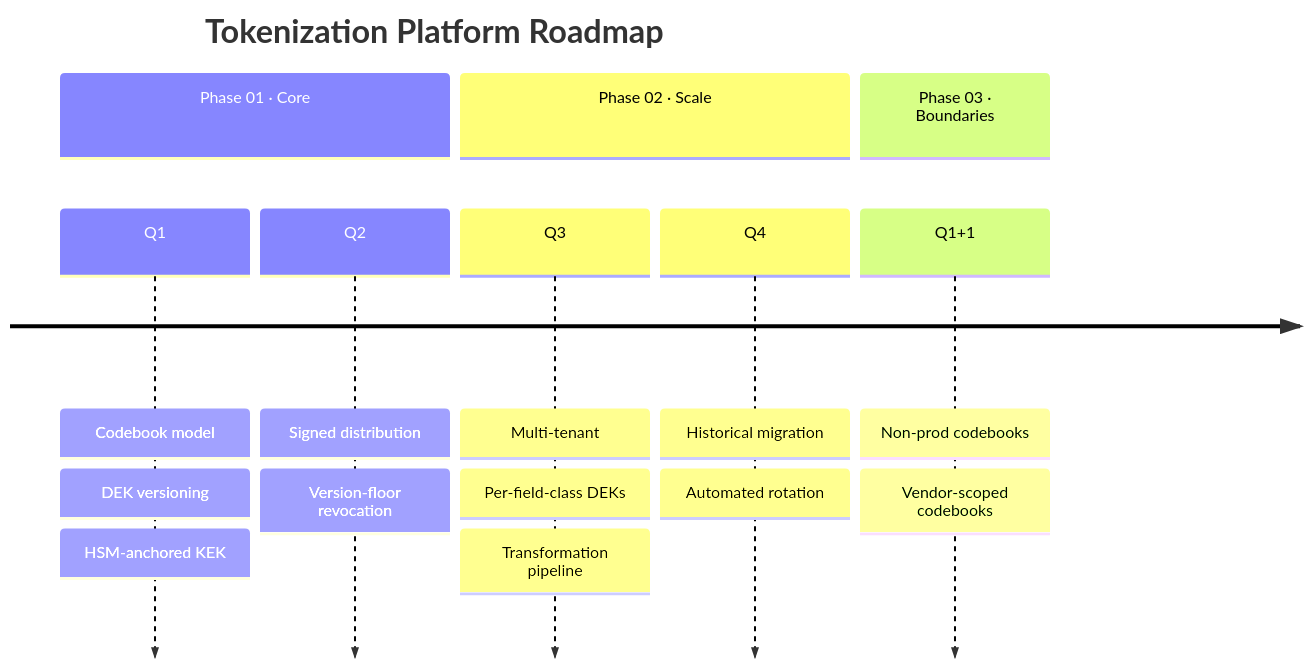
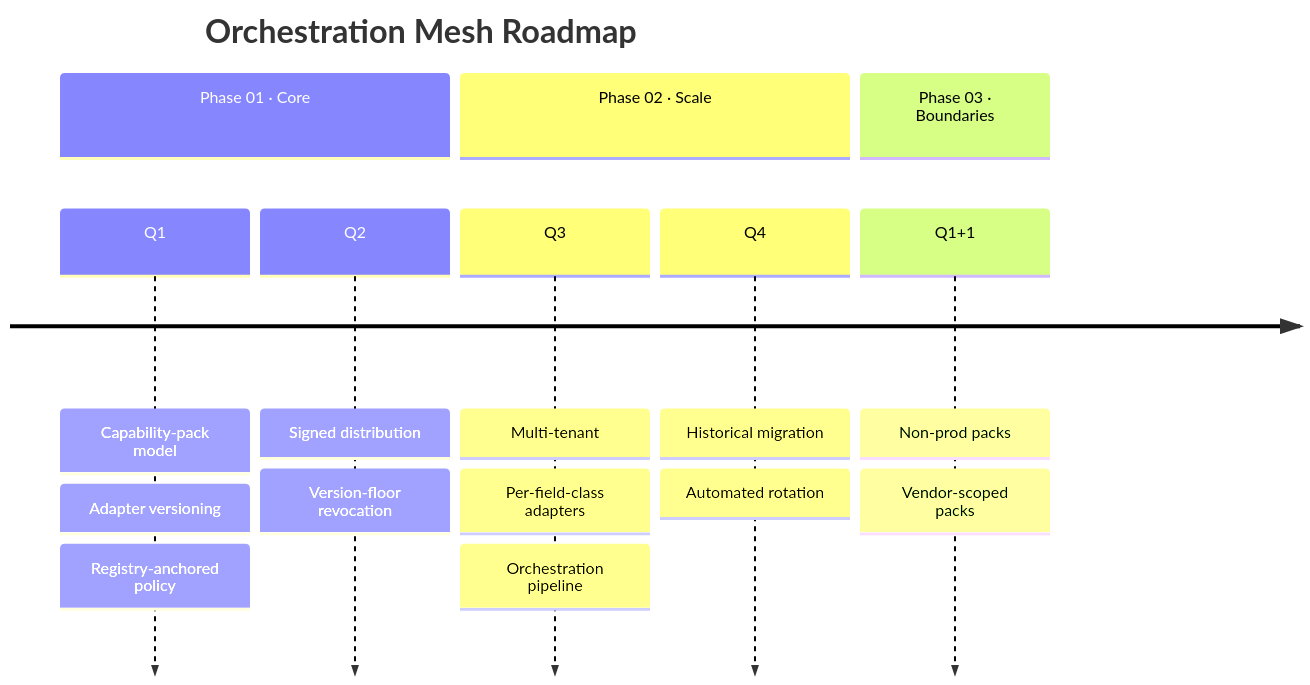
Diagram 14 of 25 in lib/components/diagram/diagram/diagram.gallery.md (SlideWright/lattice), drawn with Mermaid before and after one commit. The commit also changed other lines of this file and 75 other files, not shown here.

````diff
--- a/lib/components/diagram/diagram/diagram.gallery.md
+++ b/lib/components/diagram/diagram/diagram.gallery.md
@@ -421,19 +421,19 @@
 ```mermaid
 timeline
-  title Tokenization Platform Roadmap
+  title Orchestration Mesh Roadmap
   section Phase 01 · Core
-    Q1 : Codebook model
-       : DEK versioning
-       : HSM-anchored KEK
+    Q1 : Capability-pack model
+       : Adapter versioning
+       : Registry-anchored policy
     Q2 : Signed distribution
        : Version-floor revocation
   section Phase 02 · Scale
     Q3 : Multi-tenant
-       : Per-field-class DEKs
-       : Transformation pipeline
+       : Per-field-class adapters
+       : Orchestration pipeline
     Q4 : Historical migration
        : Automated rotation
   section Phase 03 · Boundaries
-    Q1+1 : Non-prod codebooks
-         : Vendor-scoped codebooks
+    Q1+1 : Non-prod packs
+         : Vendor-scoped packs
 ```
````
